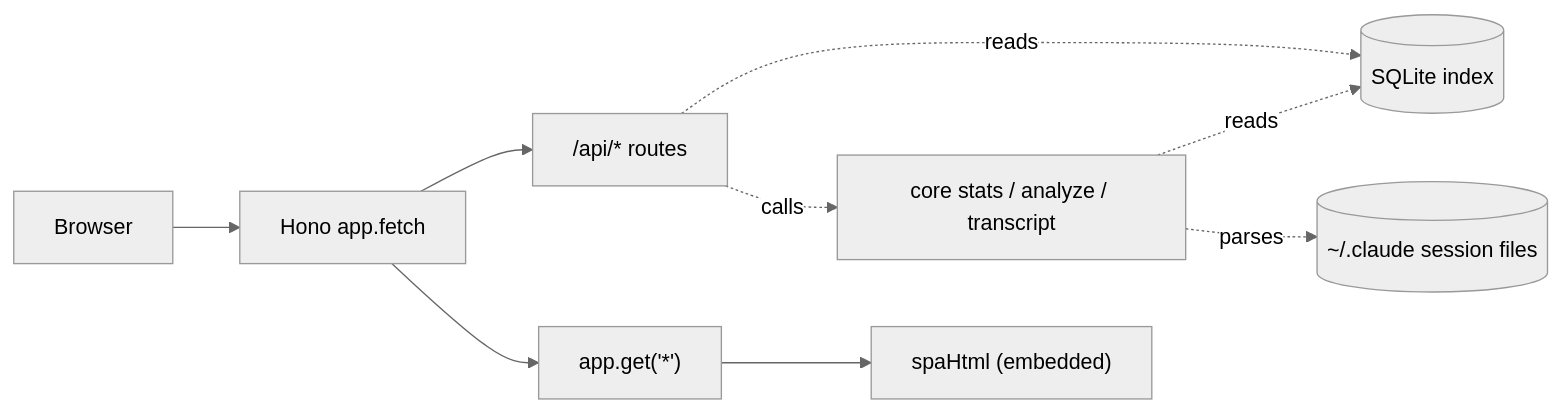
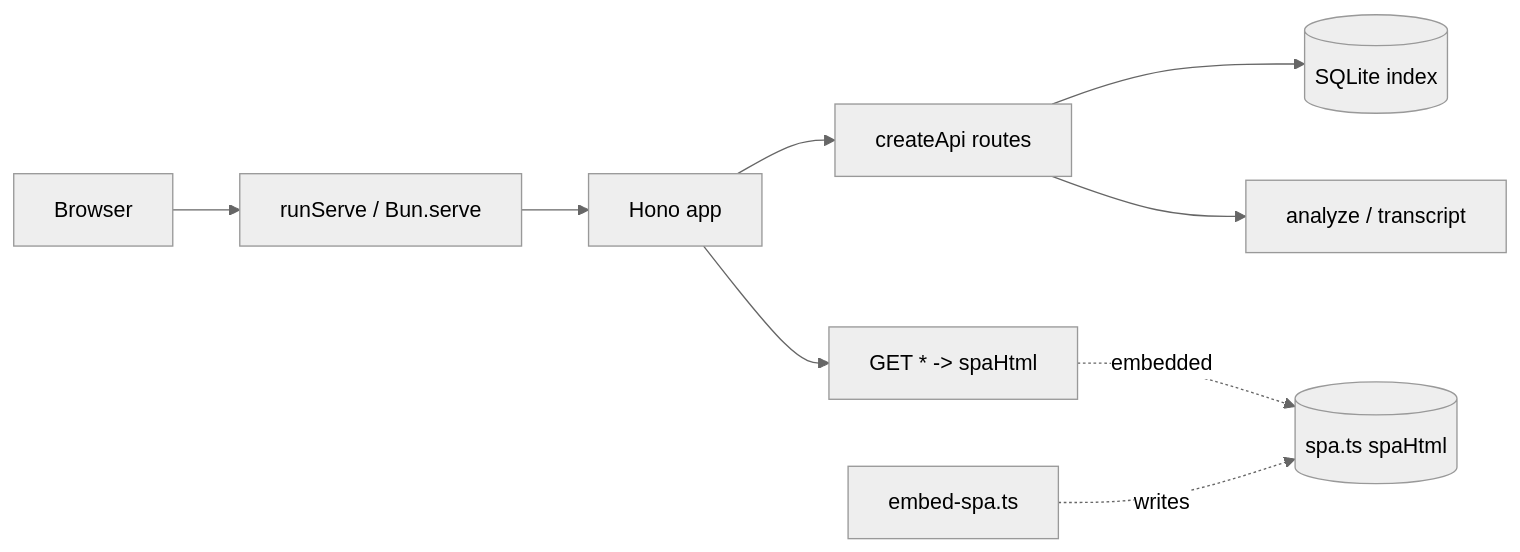
One commit to yorch/cc-analyzer changed the first of 2 diagrams in wiki/5-web-server-and-api.md. Above: the diagram before and after it, drawn with Mermaid (neutral theme). The commit also changed other lines of this file and 16 other files, not shown here.

````diff
--- a/wiki/5-web-server-and-api.md
+++ b/wiki/5-web-server-and-api.md
@@ -22,13 +20,11 @@
 ```mermaid
 flowchart LR
-    Browser[Browser] --> App["Hono app.fetch"]
-    App --> ApiRoutes["/api/* routes"]
-    App --> Catchall["app.get('*')"]
-
-    ApiRoutes -.reads.-> DB[("SQLite index")]
-    ApiRoutes -.calls.-> Core["core stats / analyze / transcript"]
-    Core -.reads.-> DB
-    Core -.parses.-> Files[("~/.claude session files")]
-
-    Catchall --> Spa["spaHtml (embedded)"]
+    Browser[Browser] --> Serve[runServe / Bun.serve]
+    Serve --> App[Hono app]
+    App --> Api[createApi routes]
+    App --> Static[GET * -> spaHtml]
+    Api --> Queries[(SQLite index)]
+    Api --> Core[analyze / transcript]
+    Static -.embedded.-> Spa[(spa.ts spaHtml)]
+    Embed[embed-spa.ts] -.writes.-> Spa
 ```
````
